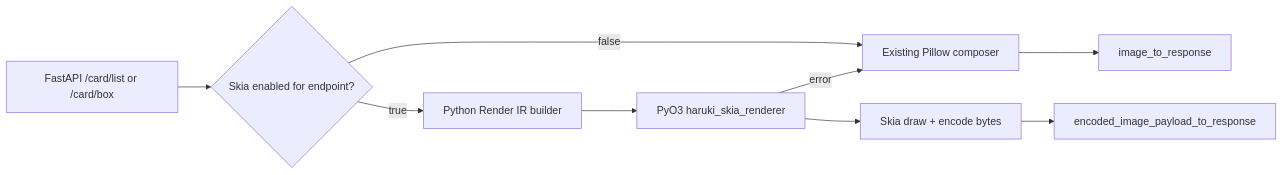
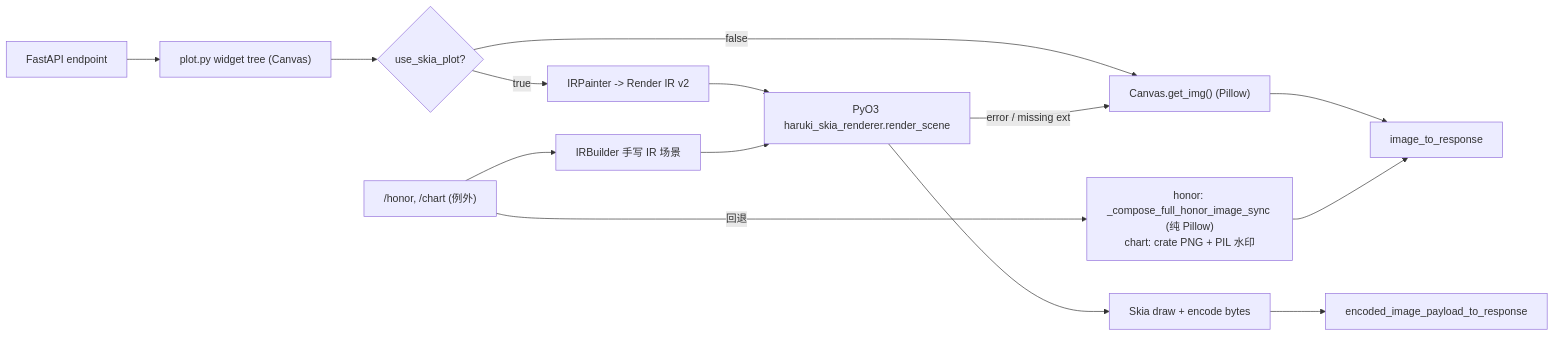
One commit to Team-Haruki/Haruki-Drawing-API changed the diagram in docs/rust-skia-renderer-migration.md. Above: the diagram before and after it, drawn with Mermaid. The commit also changed other lines of this file and 12 other files, not shown here.

````diff
--- a/docs/rust-skia-renderer-migration.md
+++ b/docs/rust-skia-renderer-migration.md
@@ -29,11 +71,17 @@
 ```mermaid
 flowchart LR
-    A["FastAPI /card/list or /card/box"] --> B{"Skia enabled for endpoint?"}
-    B -- "false" --> P["Existing Pillow composer"]
-    B -- "true" --> C["Python Render IR builder"]
-    C --> D["PyO3 haruki_skia_renderer"]
-    D --> E["Skia draw + encode bytes"]
-    E --> F["encoded_image_payload_to_response"]
-    D -- "error" --> P
-    P --> G["image_to_response"]
+    A["FastAPI endpoint"] --> C["plot.py widget tree (Canvas)"]
+    C --> B{"use_skia_plot?"}
+    B -- "false" --> P["Canvas.get_img() (Pillow)"]
+    B -- "true" --> D["IRPainter -> Render IR v2"]
+    D --> E["PyO3 haruki_skia_renderer.render_scene"]
+    E --> F["Skia draw + encode bytes"]
+    F --> G["encoded_image_payload_to_response"]
+    E -- "error / missing ext" --> P
+    P --> H["image_to_response"]
+
+    A2["/honor, /chart (例外)"] --> I["IRBuilder 手写 IR 场景"]
+    I --> E
+    A2 -- "回退" --> P2["honor: _compose_full_honor_image_sync (纯 Pillow)<br/>chart: crate PNG + PIL 水印"]
+    P2 --> H
 ```
````
